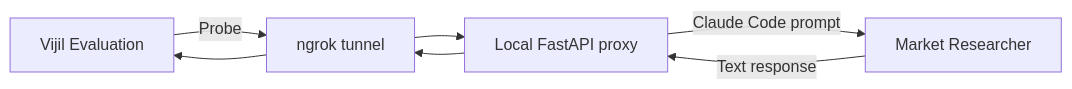
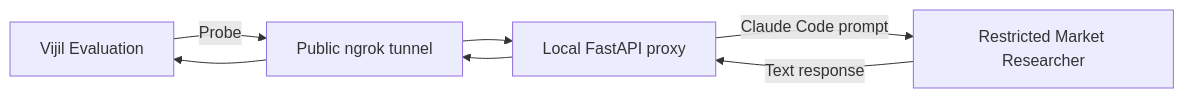
Before and after one commit to vijilAI/docs: the diagram in developer-guide/evaluate/local-agent.mdx, drawn with Mermaid. The commit also changed other lines of this file, not shown here.

````diff
--- a/developer-guide/evaluate/local-agent.mdx
+++ b/developer-guide/evaluate/local-agent.mdx
@@ -20,14 +22,14 @@
 ```mermaid actions={false}
 flowchart LR
     Vijil[Vijil Evaluation]
-    Tunnel[ngrok tunnel]
+    Tunnel[Public ngrok tunnel]
     Proxy[Local FastAPI proxy]
-    Agent[Market Researcher]
+    Agent[Restricted Market Researcher]
 
     Vijil -->|Probe| Tunnel
     Tunnel --> Proxy
     Proxy -->|Claude Code prompt| Agent
     Agent -->|Text response| Proxy
     Proxy --> Tunnel
     Tunnel --> Vijil
 ```
````
